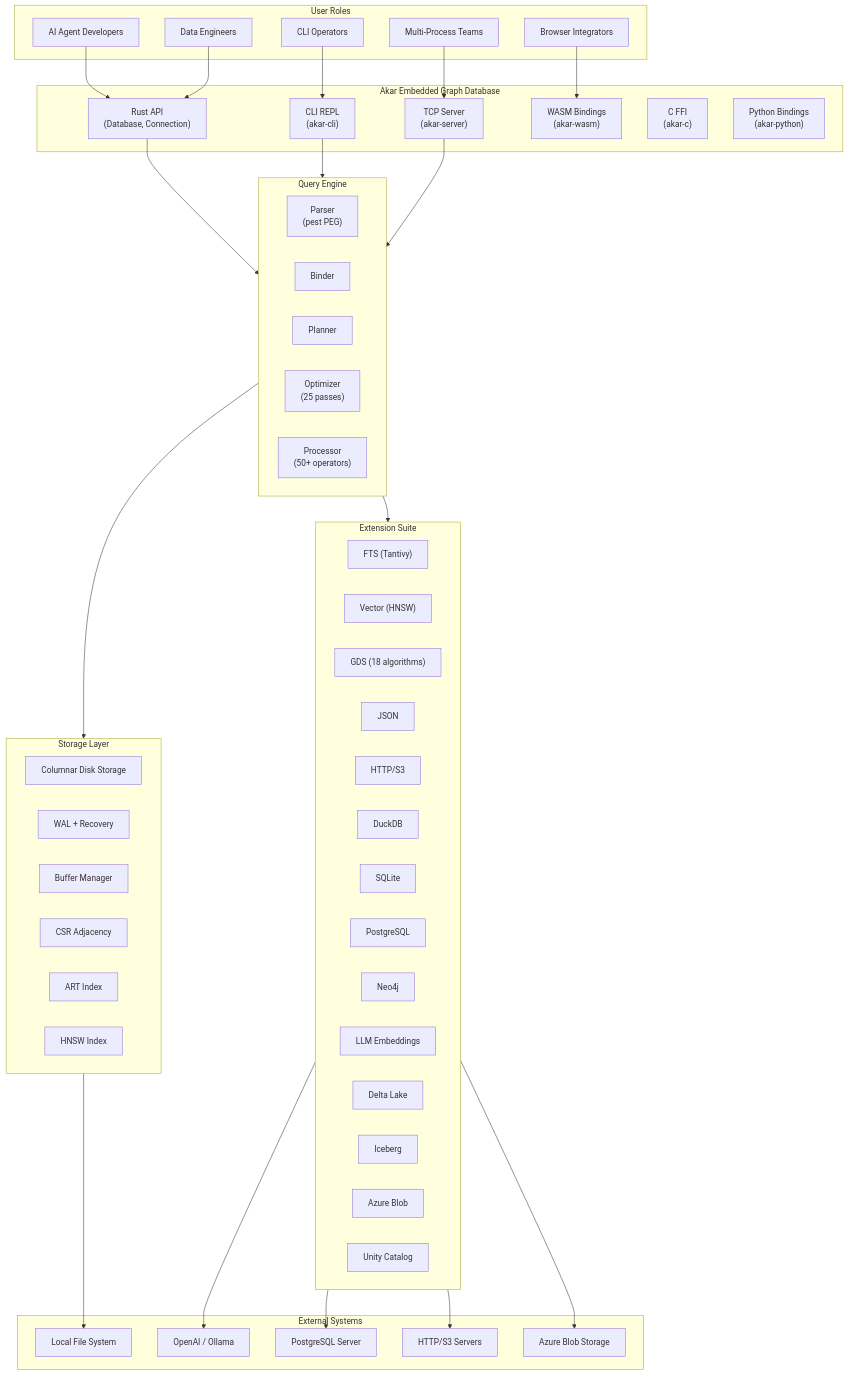
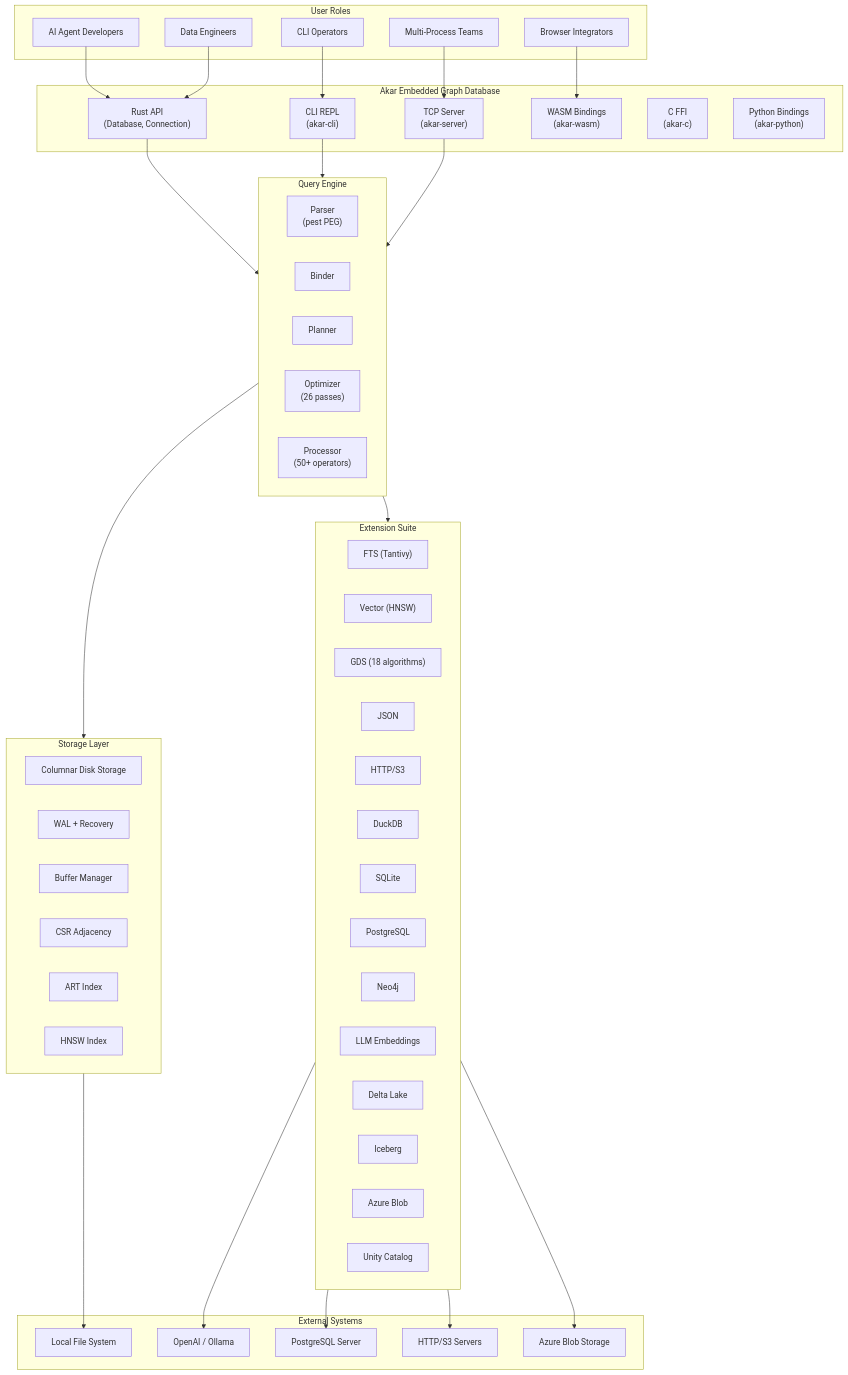
Before and after one commit to mlengse/akar: the diagram in .terrain/human/1.Overview.md, drawn with Mermaid. The commit also changed other lines of this file and 8 other files, not shown here.

````diff
--- a/.terrain/human/1.Overview.md
+++ b/.terrain/human/1.Overview.md
@@ -29,80 +29,80 @@
 ```mermaid
 graph TB
     subgraph Users["User Roles"]
         Dev["AI Agent Developers"]
         DE["Data Engineers"]
         CLI["CLI Operators"]
         MP["Multi-Process Teams"]
         FE["Browser Integrators"]
     end
 
     subgraph AkarSystem["Akar Embedded Graph Database"]
         API["Rust API<br/>(Database, Connection)"]
         CLIApp["CLI REPL<br/>(akar-cli)"]
         SRV["TCP Server<br/>(akar-server)"]
         WASM["WASM Bindings<br/>(akar-wasm)"]
         FFI["C FFI<br/>(akar-c)"]
         PY["Python Bindings<br/>(akar-python)"]
     end
 
     subgraph Engine["Query Engine"]
         Parser["Parser<br/>(pest PEG)"]
         Binder["Binder"]
         Planner["Planner"]
-        Optimizer["Optimizer<br/>(25 passes)"]
+        Optimizer["Optimizer<br/>(26 passes)"]
         Processor["Processor<br/>(50+ operators)"]
     end
 
     subgraph Storage["Storage Layer"]
         Disk["Columnar Disk Storage"]
         WAL["WAL + Recovery"]
         BufMgr["Buffer Manager"]
         CSR["CSR Adjacency"]
         ART["ART Index"]
         HNSW["HNSW Index"]
     end
 
     subgraph Extensions["Extension Suite"]
         FTS["FTS (Tantivy)"]
         Vec["Vector (HNSW)"]
         Algo["GDS (18 algorithms)"]
         JSON["JSON"]
         HTTPFS["HTTP/S3"]
         DuckDB["DuckDB"]
         SQLite["SQLite"]
         PG["PostgreSQL"]
         Neo4j["Neo4j"]
         LLM["LLM Embeddings"]
         Delta["Delta Lake"]
         Iceberg["Iceberg"]
         Azure["Azure Blob"]
         UC["Unity Catalog"]
     end
 
     subgraph External["External Systems"]
         DiskFS["Local File System"]
         OpenAI["OpenAI / Ollama"]
         PgDB["PostgreSQL Server"]
         HTTP["HTTP/S3 Servers"]
         AzureBlob["Azure Blob Storage"]
     end
 
     Dev --> API
     DE --> API
     CLI --> CLIApp
     MP --> SRV
     FE --> WASM
 
     API --> Engine
     CLIApp --> Engine
     SRV --> Engine
 
     Engine --> Storage
     Engine --> Extensions
 
     Storage --> DiskFS
     Extensions --> OpenAI
     Extensions --> PgDB
     Extensions --> HTTP
     Extensions --> AzureBlob
 ```
````
